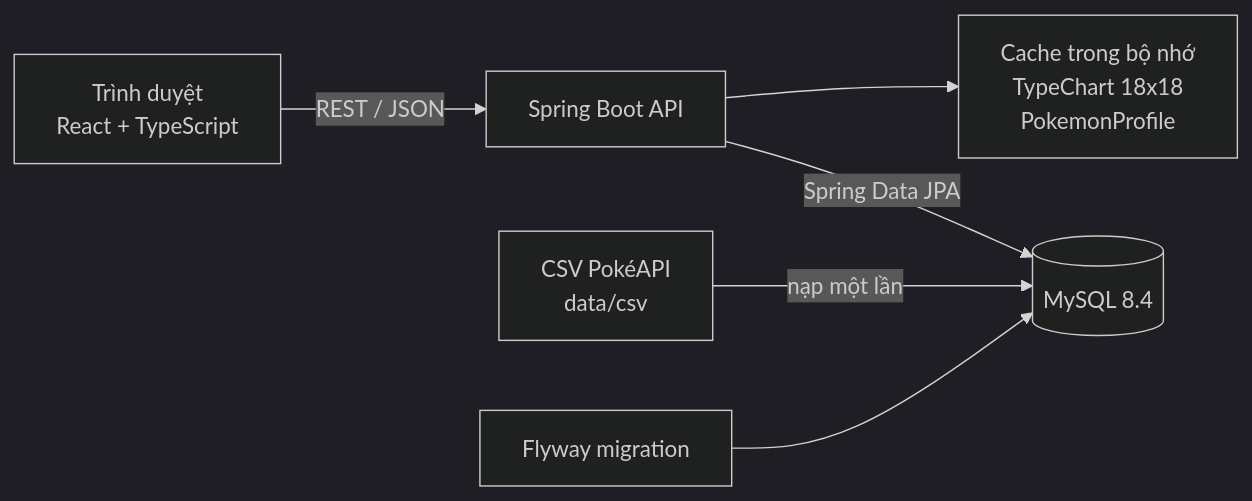
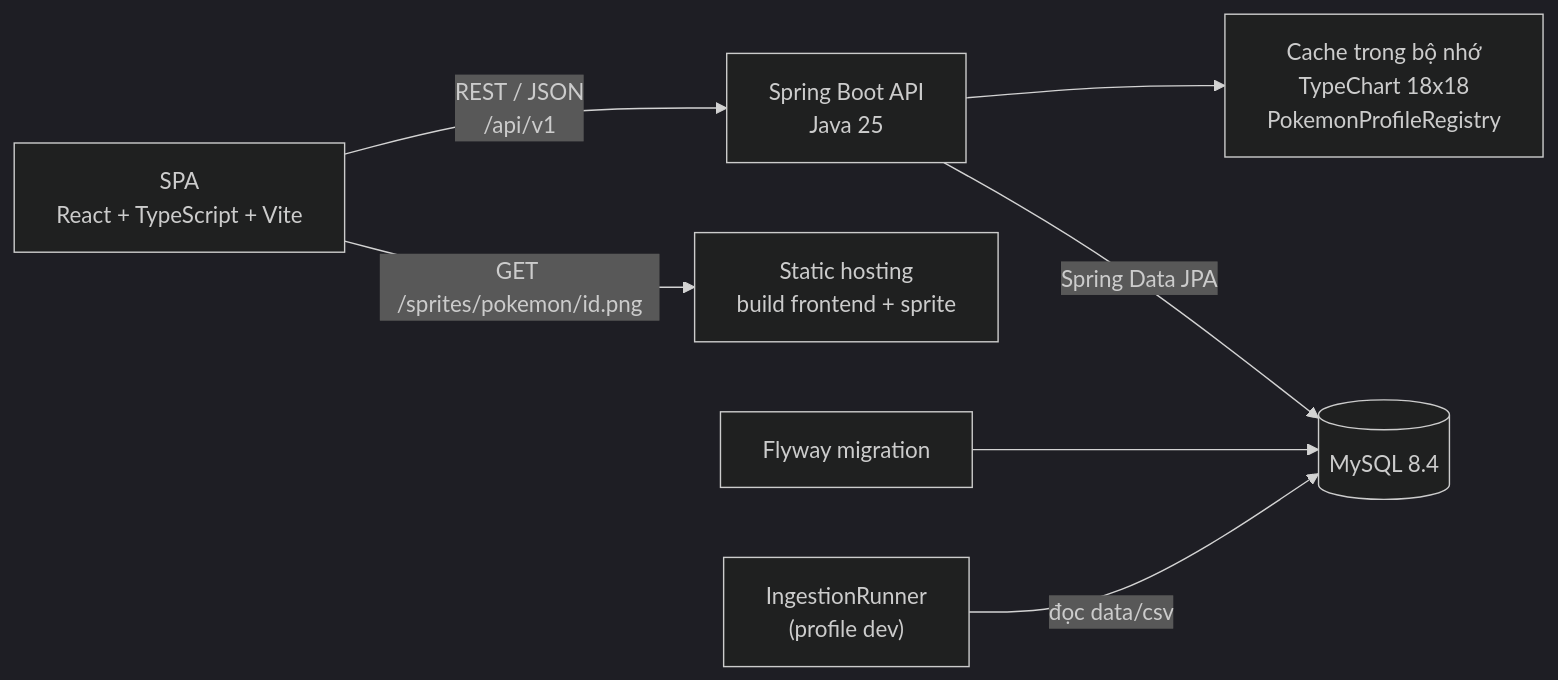
One commit to Nha-Cong-Dong/PokeNexus changed the second of 9 diagrams in docs/architecture.md. Above: the diagram before and after it, drawn with Mermaid (dark theme). The commit also changed other lines of this file and 15 other files, not shown here.

````diff
--- a/docs/architecture.md
+++ b/docs/architecture.md
@@ -12,8 +25,9 @@
 ```mermaid
 flowchart LR
-    Browser["Trình duyệt<br/>React + TypeScript"] -->|REST / JSON| Api["Spring Boot API"]
-    Api --> Cache["Cache trong bộ nhớ<br/>TypeChart 18x18<br/>PokemonProfile"]
+    Browser["SPA<br/>React + TypeScript + Vite"] -->|REST / JSON<br/>/api/v1| Api["Spring Boot API<br/>Java 25"]
+    Browser -->|GET /sprites/pokemon/id.png| Static["Static hosting<br/>build frontend + sprite"]
+    Api --> Cache["Cache trong bộ nhớ<br/>TypeChart 18x18<br/>PokemonProfileRegistry"]
     Api -->|Spring Data JPA| Db[("MySQL 8.4")]
-    Csv["CSV PokéAPI<br/>data/csv"] -->|nạp một lần| Db
     Flyway["Flyway migration"] --> Db
+    Ingestion["IngestionRunner<br/>(profile dev)"] -->|đọc data/csv| Db
 ```
````
